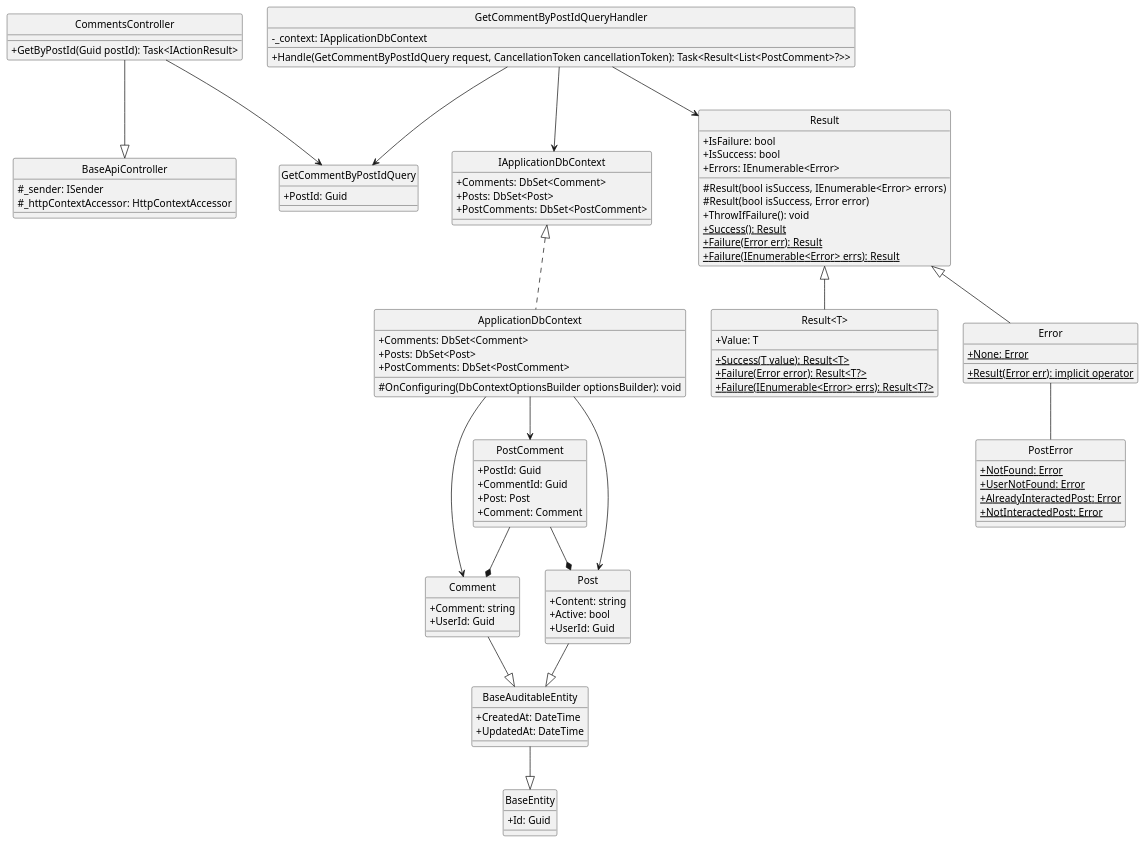
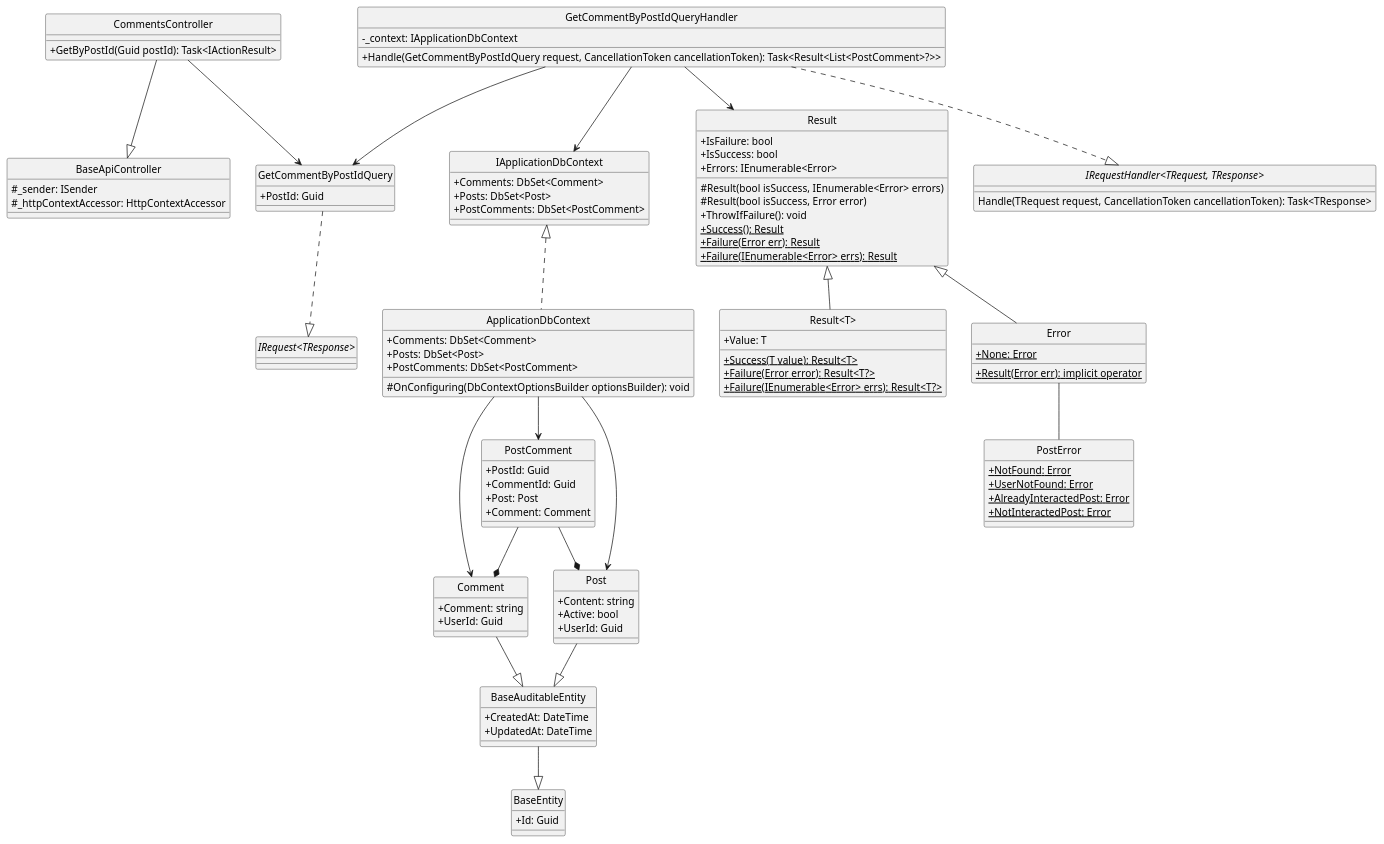
One commit to Carl-Johnsons/Chat-Application changed the diagram in docs/Class Diagram/Post/Comment/GetCommentByPostId/ClassDiagram.plantuml. Above: the diagram before and after it, drawn with PlantUML. The commit also changed 21 other files, not shown here.

Commit message:
update post class diagram

```diff
--- a/docs/Class Diagram/Post/Comment/GetCommentByPostId/ClassDiagram.plantuml
+++ b/docs/Class Diagram/Post/Comment/GetCommentByPostId/ClassDiagram.plantuml
@@ -1,115 +1,122 @@
-@startuml 
+@startuml GetCommentByPostId
 hide circle
 skinparam classAttributeIconSize 0
 
 class BaseApiController {
     #_sender: ISender
     #_httpContextAccessor: HttpContextAccessor
 }
 
 class CommentsController {
     +GetByPostId(Guid postId): Task<IActionResult>
 }
 
 class GetCommentByPostIdQuery {
     +PostId: Guid
 }
 
 class GetCommentByPostIdQueryHandler {
     -_context: IApplicationDbContext
     +Handle(GetCommentByPostIdQuery request, CancellationToken cancellationToken): Task<Result<List<PostComment>?>>
 }
 
 class IApplicationDbContext {
     +Comments: DbSet<Comment> 
     +Posts: DbSet<Post> 
     +PostComments: DbSet<PostComment> 
 }
 
 class ApplicationDbContext {
     +Comments: DbSet<Comment> 
     +Posts: DbSet<Post> 
     +PostComments: DbSet<PostComment>
     #OnConfiguring(DbContextOptionsBuilder optionsBuilder): void
 }
 
 class Result {
     +IsFailure: bool
     +IsSuccess: bool
     +Errors: IEnumerable<Error> 
     #Result(bool isSuccess, IEnumerable<Error> errors)
     #Result(bool isSuccess, Error error)
     +ThrowIfFailure(): void
     +{static} Success(): Result 
     +{static} Failure(Error err): Result
     +{static} Failure(IEnumerable<Error> errs): Result
 }
 
 class "Result<T>" {
     +Value: T
     +{static} Success(T value): Result<T> 
     +{static} Failure(Error error): Result<T?> 
     +{static} Failure(IEnumerable<Error> errs): Result<T?> 
 }
 
 class Error {
     +{static} None: Error
     +{static} Result(Error err): implicit operator
 }
 
 class PostError {
     +{static} NotFound: Error
     +{static} UserNotFound: Error
     +{static} AlreadyInteractedPost: Error
     +{static} NotInteractedPost: Error
 }
 
 class BaseEntity {
     +Id: Guid
 }
 
 class BaseAuditableEntity{
     +CreatedAt: DateTime
     +UpdatedAt: DateTime
 }
 
 class Comment {
     +Comment: string
     +UserId: Guid
 }
 
 class PostComment {
     +PostId: Guid
     +CommentId: Guid
     +Post: Post
     +Comment: Comment
 }
 
 class Post {
     +Content: string
     +Active: bool 
     +UserId: Guid
 }
+interface "IRequest<TResponse>"
+interface "IRequestHandler<TRequest, TResponse>"{
+    Handle(TRequest request, CancellationToken cancellationToken): Task<TResponse>
+}
+
 '==== Get Comment By Post Id ====
 'API Layer
 CommentsController --|> BaseApiController
 CommentsController --> GetCommentByPostIdQuery
 'Application Layer
+GetCommentByPostIdQuery ..|> "IRequest<TResponse>"
+GetCommentByPostIdQueryHandler ..|> "IRequestHandler<TRequest, TResponse>"
 GetCommentByPostIdQueryHandler --> GetCommentByPostIdQuery
 GetCommentByPostIdQueryHandler --> Result
 GetCommentByPostIdQueryHandler --> IApplicationDbContext
 'Domain Layer
 Result <|-- Error
 Result <|-- "Result<T>"
 Error -- PostError
 Comment --|> BaseAuditableEntity
 Post --|> BaseAuditableEntity
 BaseAuditableEntity --|> BaseEntity
 PostComment --* Post
 PostComment --* Comment
 'Infrastructure Layer
 IApplicationDbContext <|.. ApplicationDbContext
 ApplicationDbContext --> Comment
 ApplicationDbContext --> PostComment
 ApplicationDbContext --> Post
 @enduml
```
